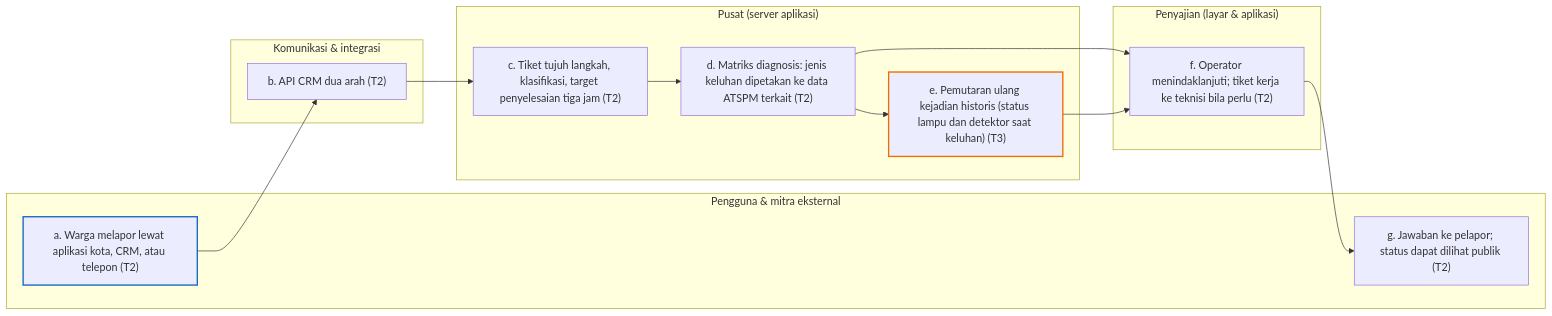
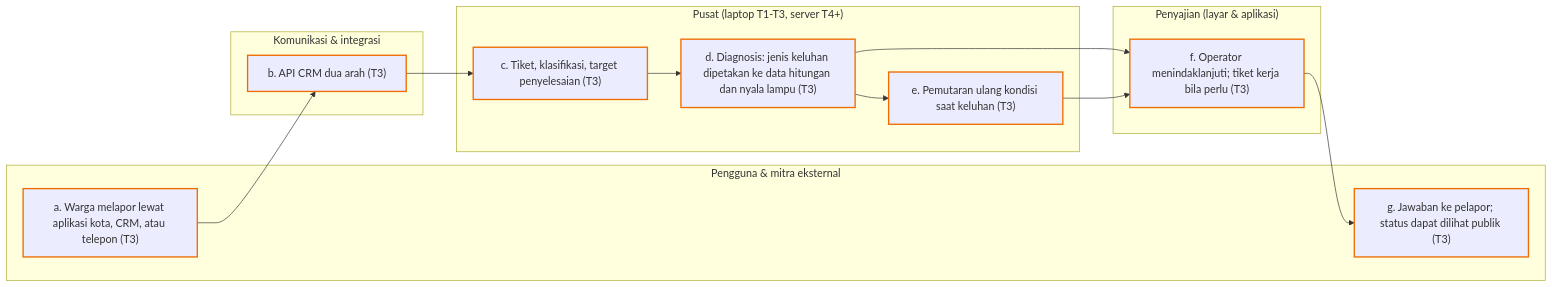
Before and after one commit to lionateofhaidar/irama-project: the tenth of 12 diagrams in docs/planning/diagram/_bagian_diagram.md, drawn with Mermaid. The commit also changed other lines of this file and 75 other files, not shown here.

First line of the commit message:
Revisi fokus T2 Vision Tracker dan Optimasi Simpang; dokumen 14 sampai 16; diagram dirutekan ulang

````diff
--- a/docs/planning/diagram/_bagian_diagram.md
+++ b/docs/planning/diagram/_bagian_diagram.md
@@ -514,27 +558,27 @@
 ```mermaid
 flowchart LR
   subgraph P["Pengguna & mitra eksternal"]
-    F10a["a. Warga melapor lewat aplikasi kota, CRM, atau telepon (T2)"]
-    F10g["g. Jawaban ke pelapor; status dapat dilihat publik (T2)"]
+    F10a["a. Warga melapor lewat aplikasi kota, CRM, atau telepon (T3)"]
+    F10g["g. Jawaban ke pelapor; status dapat dilihat publik (T3)"]
   end
   subgraph U["Penyajian (layar & aplikasi)"]
-    F10f["f. Operator menindaklanjuti; tiket kerja ke teknisi bila perlu (T2)"]
+    F10f["f. Operator menindaklanjuti; tiket kerja bila perlu (T3)"]
   end
-  subgraph S["Pusat (server aplikasi)"]
-    F10c["c. Tiket tujuh langkah, klasifikasi, target penyelesaian tiga jam (T2)"]
-    F10d["d. Matriks diagnosis: jenis keluhan dipetakan ke data ATSPM terkait (T2)"]
-    F10e["e. Pemutaran ulang kejadian historis (status lampu dan detektor saat keluhan) (T3)"]
+  subgraph S["Pusat (laptop T1-T3, server T4+)"]
+    F10c["c. Tiket, klasifikasi, target penyelesaian (T3)"]
+    F10d["d. Diagnosis: jenis keluhan dipetakan ke data hitungan dan nyala lampu (T3)"]
+    F10e["e. Pemutaran ulang kondisi saat keluhan (T3)"]
   end
   subgraph K["Komunikasi & integrasi"]
-    F10b["b. API CRM dua arah (T2)"]
+    F10b["b. API CRM dua arah (T3)"]
   end
   F10a --> F10b
   F10b --> F10c
   F10c --> F10d
   F10d --> F10e
   F10d --> F10f
   F10e --> F10f
   F10f --> F10g
-  style F10a stroke:#1565C0,stroke-width:2px
-  style F10e stroke:#EF6C00,stroke-width:2px
+  classDef t3 stroke:#EF6C00,stroke-width:2px
+  class F10a,F10b,F10c,F10d,F10e,F10f,F10g t3
 ```
````
